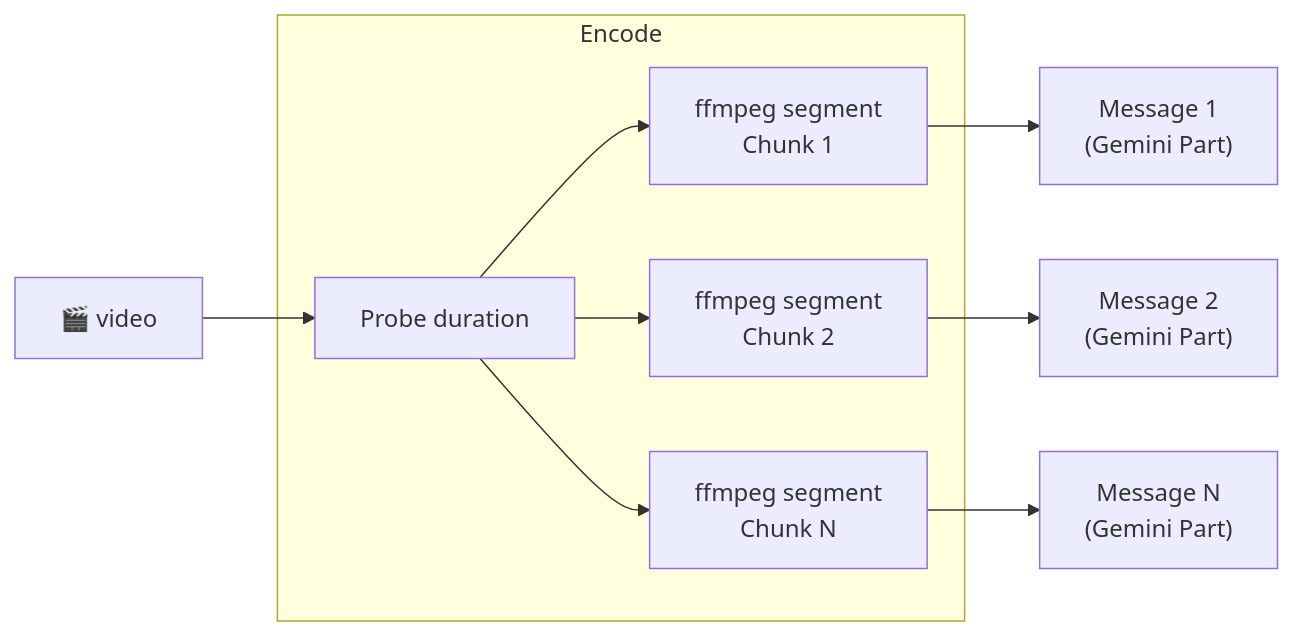
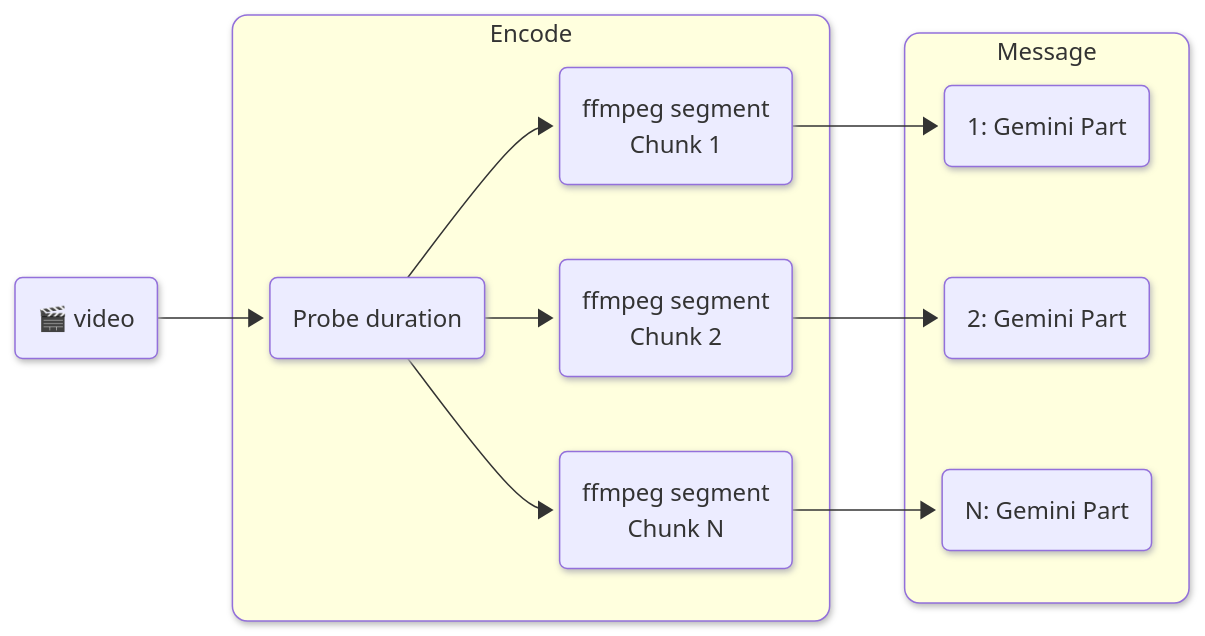
Before and after one commit to vlm-run/mm: the tenth of 17 diagrams in docs/ENCODERS.md, drawn with Mermaid. The commit also changed other lines of this file and 1 other file, not shown here.

Commit message:
Use a proper message block with subgroups (#146)

````diff
--- a/docs/ENCODERS.md
+++ b/docs/ENCODERS.md
@@ -222,20 +267,25 @@
 ```mermaid
+%%{init: {'look': 'neo'} }%%
 graph LR
-  video["🎬 video"]
+  video("🎬 video")
 
   subgraph encode ["Encode"]
-    probe["Probe duration"]
-    c1["ffmpeg segment\nChunk 1"]
-    c2["ffmpeg segment\nChunk 2"]
-    c3["ffmpeg segment\nChunk N"]
+    probe("Probe duration")
+    c1("ffmpeg segment\nChunk 1")
+    c2("ffmpeg segment\nChunk 2")
+    c3("ffmpeg segment\nChunk N")
   end
 
-  m1["Message 1\n(Gemini Part)"]
-  m2["Message 2\n(Gemini Part)"]
-  m3["Message N\n(Gemini Part)"]
+  subgraph message ["Message"]
+    m1("1: Gemini Part")
+    m2("2: Gemini Part")
+    m3("N: Gemini Part")
+  end
 
   video --> probe
   probe --> c1 --> m1
   probe --> c2 --> m2
   probe --> c3 --> m3
+  style encode rx:10px,ry:10px
+  style message rx:10px,ry:10px
 ```
````
